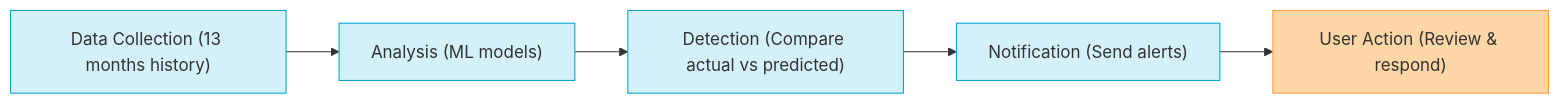
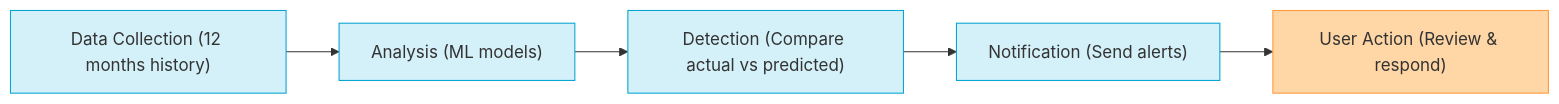
One commit to harness/developer-hub changed the diagram in docs/cloud-cost-management/3-use-ccm-cost-reporting/anomaly-detection/getting-started-with-ccm-anomaly-detection.md. Above: the diagram before and after it, drawn with Mermaid. The commit also changed other lines of this file, not shown here.

Commit message:
minor changes

````diff
--- a/docs/cloud-cost-management/3-use-ccm-cost-reporting/anomaly-detection/getting-started-with-ccm-anomaly-detection.md
+++ b/docs/cloud-cost-management/3-use-ccm-cost-reporting/anomaly-detection/getting-started-with-ccm-anomaly-detection.md
@@ -35,12 +35,12 @@
 ```mermaid
 flowchart LR
-    A["Data Collection (13 months history)"] --> B["Analysis (ML models)"] 
+    A["Data Collection (12 months history)"] --> B["Analysis (ML models)"] 
     B --> C["Detection (Compare actual vs predicted)"] 
     C --> D["Notification (Send alerts)"] 
     D --> E["User Action (Review & respond)"]
     style A fill:#d4f1f9,stroke:#05a4d2
     style B fill:#d4f1f9,stroke:#05a4d2
     style C fill:#d4f1f9,stroke:#05a4d2
     style D fill:#d4f1f9,stroke:#05a4d2
     style E fill:#ffd6a5,stroke:#ff9a3c
 ```
````
